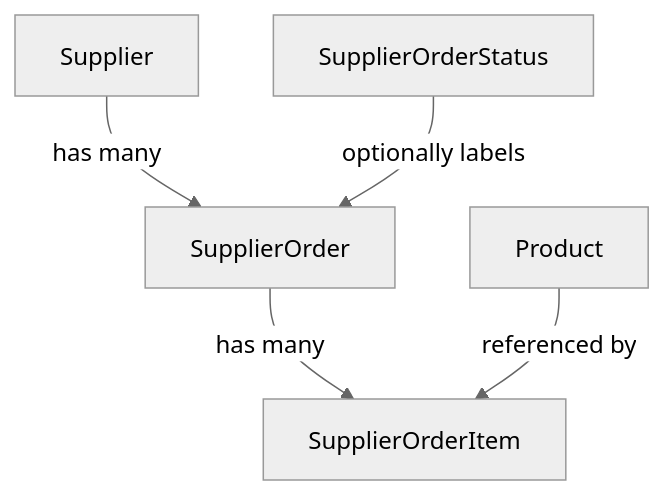
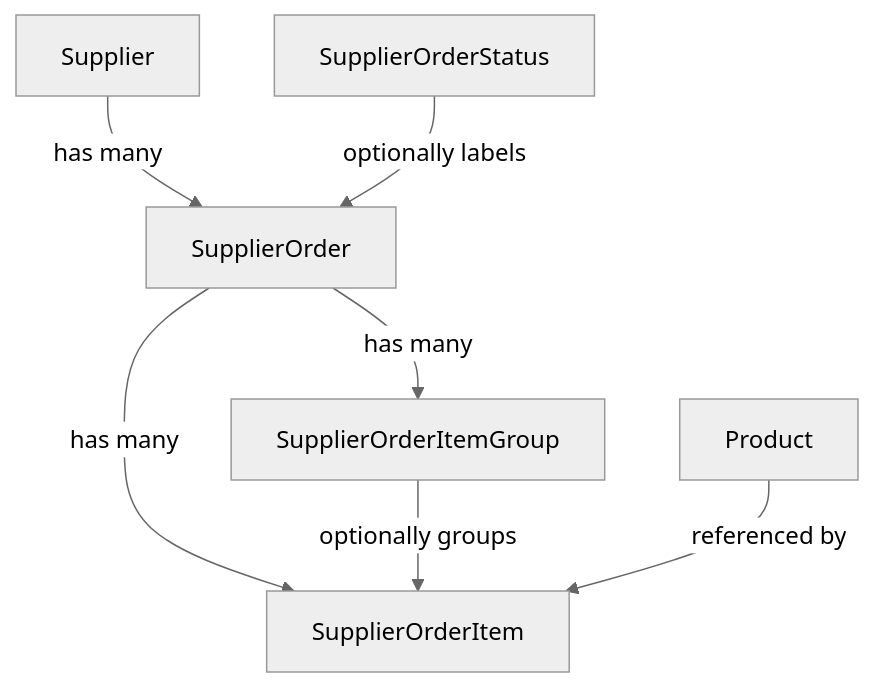
One commit to Niariasve/lotus-app changed the first of 2 diagrams in .kiro/specs/supplier-orders/design.md. Above: the diagram before and after it, drawn with Mermaid (neutral theme). The commit also changed other lines of this file and 2 other files, not shown here.

First line of the commit message:
Add SupplierOrder item grouping to specs

````diff
--- a/.kiro/specs/supplier-orders/design.md
+++ b/.kiro/specs/supplier-orders/design.md
@@ -22,7 +25,9 @@
 ```mermaid
 graph TD
     Supplier -->|has many| SupplierOrder
     SupplierOrderStatus -->|optionally labels| SupplierOrder
     SupplierOrder -->|has many| SupplierOrderItem
+    SupplierOrder -->|has many| SupplierOrderItemGroup
+    SupplierOrderItemGroup -->|optionally groups| SupplierOrderItem
     Product -->|referenced by| SupplierOrderItem
 ```
````
